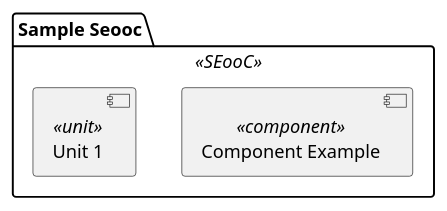
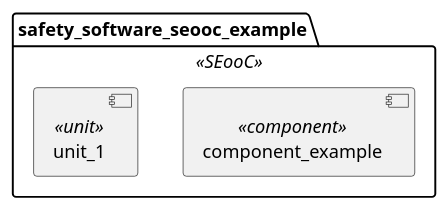
Before and after one commit to eclipse-score/tooling: the diagram in validation/core/integration_test/bazel_component/negative_multi_file_wrong_nesting/overview_diagram.puml, drawn with PlantUML. The commit also changed 375 other files, not shown here.

First line of the commit message:
[plantuml tooling] use name instead of alias for uid generation

```diff
--- a/validation/core/integration_test/bazel_component/negative_multi_file_wrong_nesting/overview_diagram.puml
+++ b/validation/core/integration_test/bazel_component/negative_multi_file_wrong_nesting/overview_diagram.puml
@@ -21,8 +21,8 @@
 @startuml overview_diagram
 
-package "Sample Seooc" as safety_software_seooc_example <<SEooC>> {
-    component "Component Example" as component_example <<component>>
-    component "Unit 1" as unit_1 <<unit>>
+package safety_software_seooc_example <<SEooC>> {
+    component component_example <<component>>
+    component unit_1 <<unit>>
 }
 
 @enduml
```
